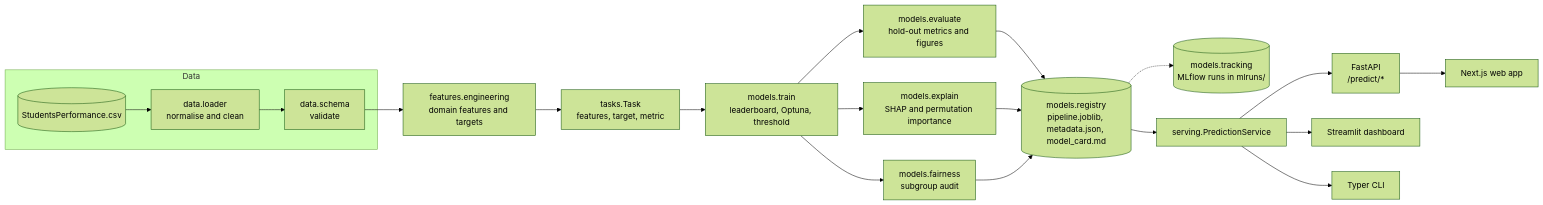
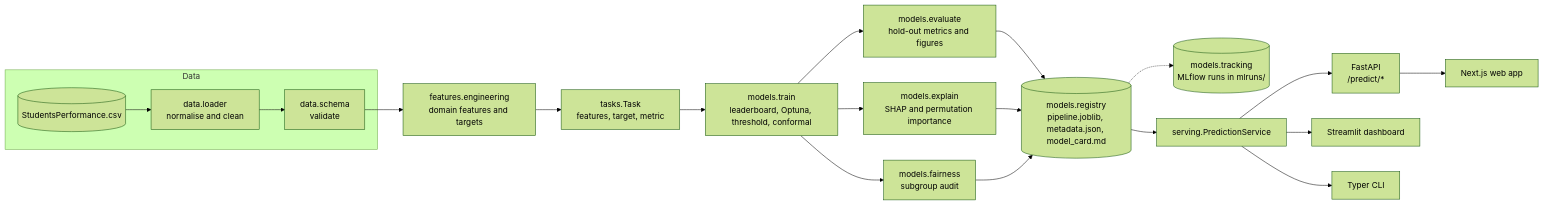
Before and after one commit to ZainDev04/edupulse: the diagram in docs/architecture.md, drawn with Mermaid (forest theme). The commit also changed other lines of this file and 28 other files, not shown here.

````diff
--- a/docs/architecture.md
+++ b/docs/architecture.md
@@ -15,22 +15,22 @@
 ```mermaid
 flowchart LR
     subgraph Data
         RAW[(StudentsPerformance.csv)] --> LOAD[data.loader<br/>normalise and clean]
         LOAD --> VAL[data.schema<br/>validate]
     end
     VAL --> FE[features.engineering<br/>domain features and targets]
     FE --> TASK[tasks.Task<br/>features, target, metric]
-    TASK --> TRAIN[models.train<br/>leaderboard, Optuna, threshold]
+    TASK --> TRAIN[models.train<br/>leaderboard, Optuna, threshold, conformal]
     TRAIN --> EVAL[models.evaluate<br/>hold-out metrics and figures]
     TRAIN --> XAI[models.explain<br/>SHAP and permutation importance]
     TRAIN --> FAIR[models.fairness<br/>subgroup audit]
     EVAL --> REG[(models.registry<br/>pipeline.joblib, metadata.json, model_card.md)]
     XAI --> REG
     FAIR --> REG
     REG -.-> MLF[(models.tracking<br/>MLflow runs in mlruns/)]
     REG --> SVC[serving.PredictionService]
     SVC --> API[FastAPI<br/>/predict/*]
     API --> WEB[Next.js web app]
     SVC --> UI[Streamlit dashboard]
     SVC --> CLI[Typer CLI]
 ```
````
